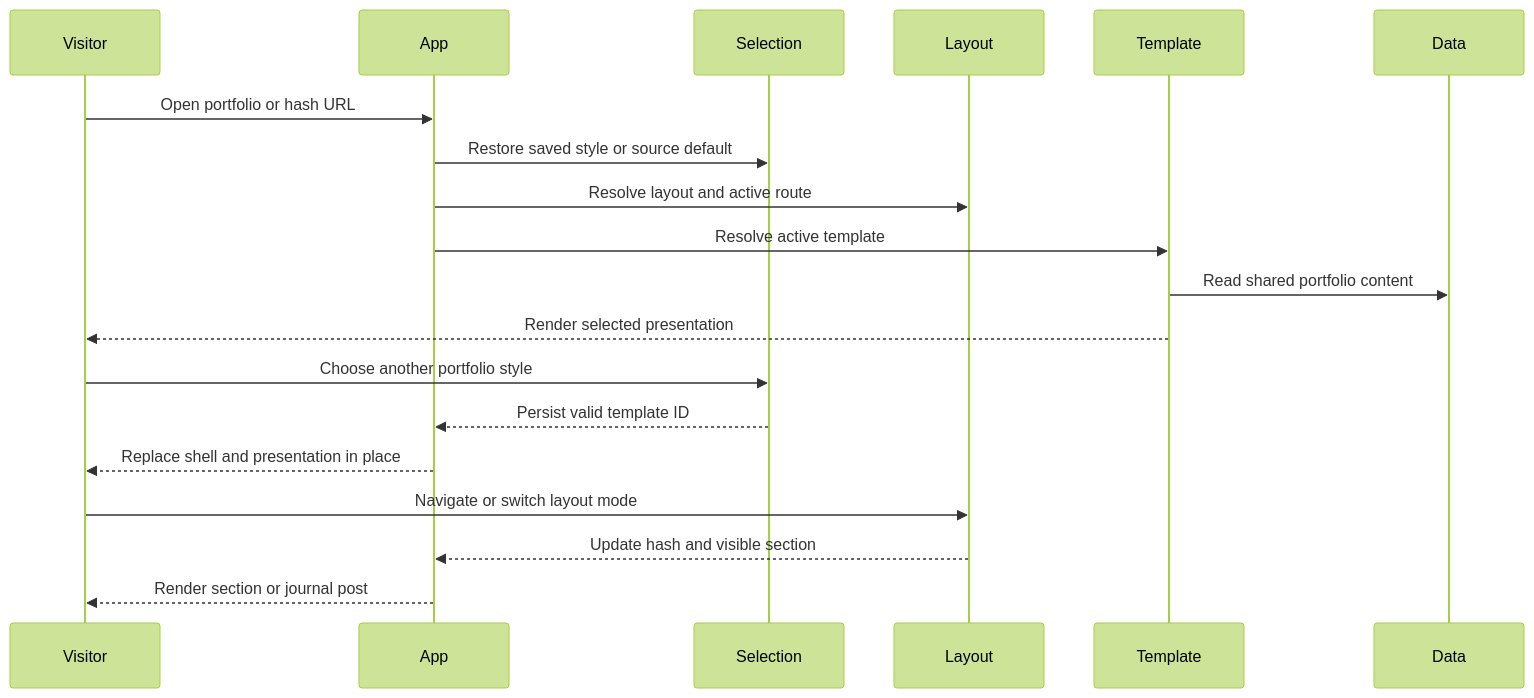
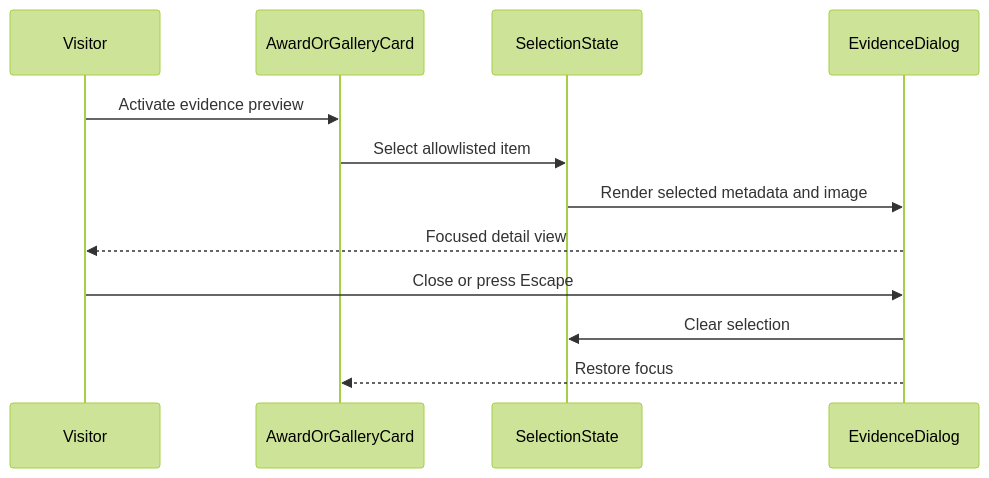
Before and after one commit to StratusNebulosus/StratusNebulosus.github.io: the second of 2 diagrams in aidlc-docs/inception/reverse-engineering/architecture.md, drawn with Mermaid (forest theme). The commit also changed other lines of this file and 299 other files, not shown here.

````diff
--- a/aidlc-docs/inception/reverse-engineering/architecture.md
+++ b/aidlc-docs/inception/reverse-engineering/architecture.md
@@ -109,22 +79,14 @@
 ```mermaid
 sequenceDiagram
     participant Visitor
-    participant App
-    participant Selection
-    participant Layout
-    participant Template
-    participant Data
-
-    Visitor->>App: Open portfolio or hash URL
-    App->>Selection: Restore saved style or source default
-    App->>Layout: Resolve layout and active route
-    App->>Template: Resolve active template
-    Template->>Data: Read shared portfolio content
-    Template-->>Visitor: Render selected presentation
-    Visitor->>Selection: Choose another portfolio style
-    Selection-->>App: Persist valid template ID
-    App-->>Visitor: Replace shell and presentation in place
-    Visitor->>Layout: Navigate or switch layout mode
-    Layout-->>App: Update hash and visible section
-    App-->>Visitor: Render section or journal post
+    participant AwardOrGalleryCard
+    participant SelectionState
+    participant EvidenceDialog
+    Visitor->>AwardOrGalleryCard: Activate evidence preview
+    AwardOrGalleryCard->>SelectionState: Select allowlisted item
+    SelectionState->>EvidenceDialog: Render selected metadata and image
+    EvidenceDialog-->>Visitor: Focused detail view
+    Visitor->>EvidenceDialog: Close or press Escape
+    EvidenceDialog->>SelectionState: Clear selection
+    EvidenceDialog-->>AwardOrGalleryCard: Restore focus
 ```
````
